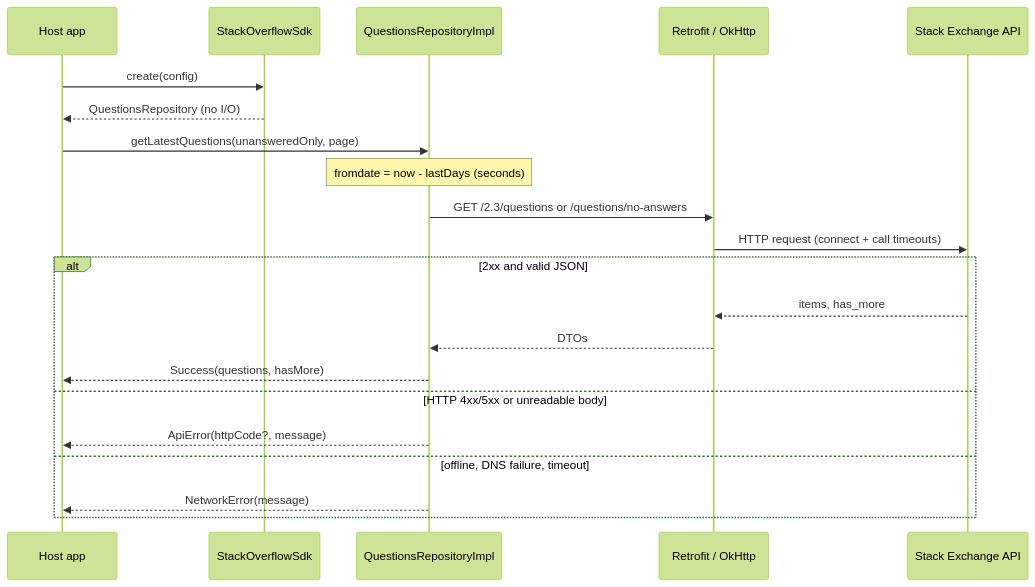
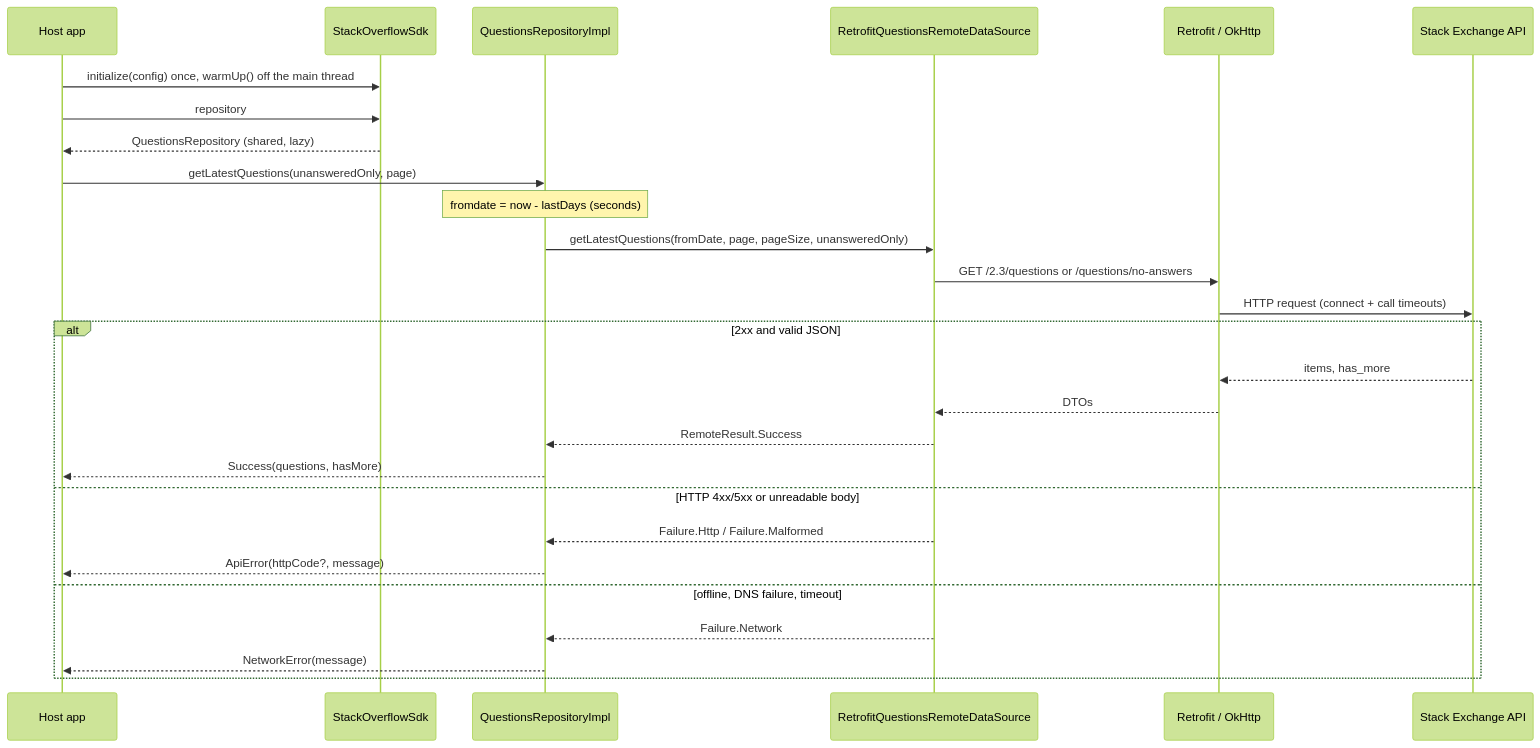
Before and after one commit to alexfin90/StackOverFlowAssignment: the second of 3 diagrams in README.md, drawn with Mermaid (forest theme). The commit also changed other lines of this file, not shown here.

First line of the commit message:
docs(readme): document initialize, logging and the remote data source

````diff
--- a/README.md
+++ b/README.md
@@ -95,24 +99,30 @@
 ```mermaid
 sequenceDiagram
     participant App as Host app
     participant Sdk as StackOverflowSdk
     participant Repo as QuestionsRepositoryImpl
+    participant Remote as RetrofitQuestionsRemoteDataSource
     participant Http as Retrofit / OkHttp
     participant So as Stack Exchange API
 
-    App->>Sdk: create(config)
-    Sdk-->>App: QuestionsRepository (no I/O)
+    App->>Sdk: initialize(config) once, warmUp() off the main thread
+    App->>Sdk: repository
+    Sdk-->>App: QuestionsRepository (shared, lazy)
     App->>Repo: getLatestQuestions(unansweredOnly, page)
     Note over Repo: fromdate = now - lastDays (seconds)
-    Repo->>Http: GET /2.3/questions or /questions/no-answers
+    Repo->>Remote: getLatestQuestions(fromDate, page, pageSize, unansweredOnly)
+    Remote->>Http: GET /2.3/questions or /questions/no-answers
     Http->>So: HTTP request (connect + call timeouts)
     alt 2xx and valid JSON
         So-->>Http: items, has_more
-        Http-->>Repo: DTOs
+        Http-->>Remote: DTOs
+        Remote-->>Repo: RemoteResult.Success
         Repo-->>App: Success(questions, hasMore)
     else HTTP 4xx/5xx or unreadable body
+        Remote-->>Repo: Failure.Http / Failure.Malformed
         Repo-->>App: ApiError(httpCode?, message)
     else offline, DNS failure, timeout
+        Remote-->>Repo: Failure.Network
         Repo-->>App: NetworkError(message)
     end
 ```
````
